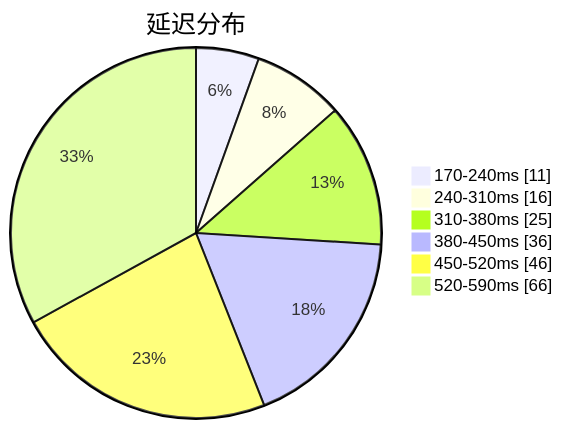
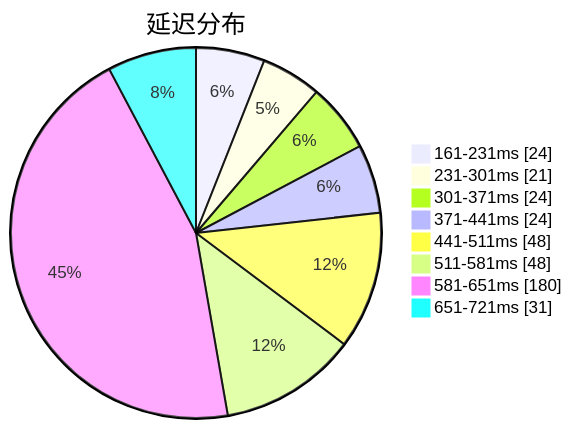
Before and after one commit to qjlxg/airport: the first of 3 diagrams in subs/statistics/tested_within.md, drawn with Mermaid. The commit also changed other lines of this file and 2 other files, not shown here.

````diff
--- a/subs/statistics/tested_within.md
+++ b/subs/statistics/tested_within.md
@@ -2,10 +2,12 @@
 ```mermaid
 pie showData
 title 延迟分布
-"170-240ms" : 11
-"240-310ms" : 16
-"310-380ms" : 25
-"380-450ms" : 36
-"450-520ms" : 46
-"520-590ms" : 66
+"161-231ms" : 24
+"231-301ms" : 21
+"301-371ms" : 24
+"371-441ms" : 24
+"441-511ms" : 48
+"511-581ms" : 48
+"581-651ms" : 180
+"651-721ms" : 31
 ```
````
